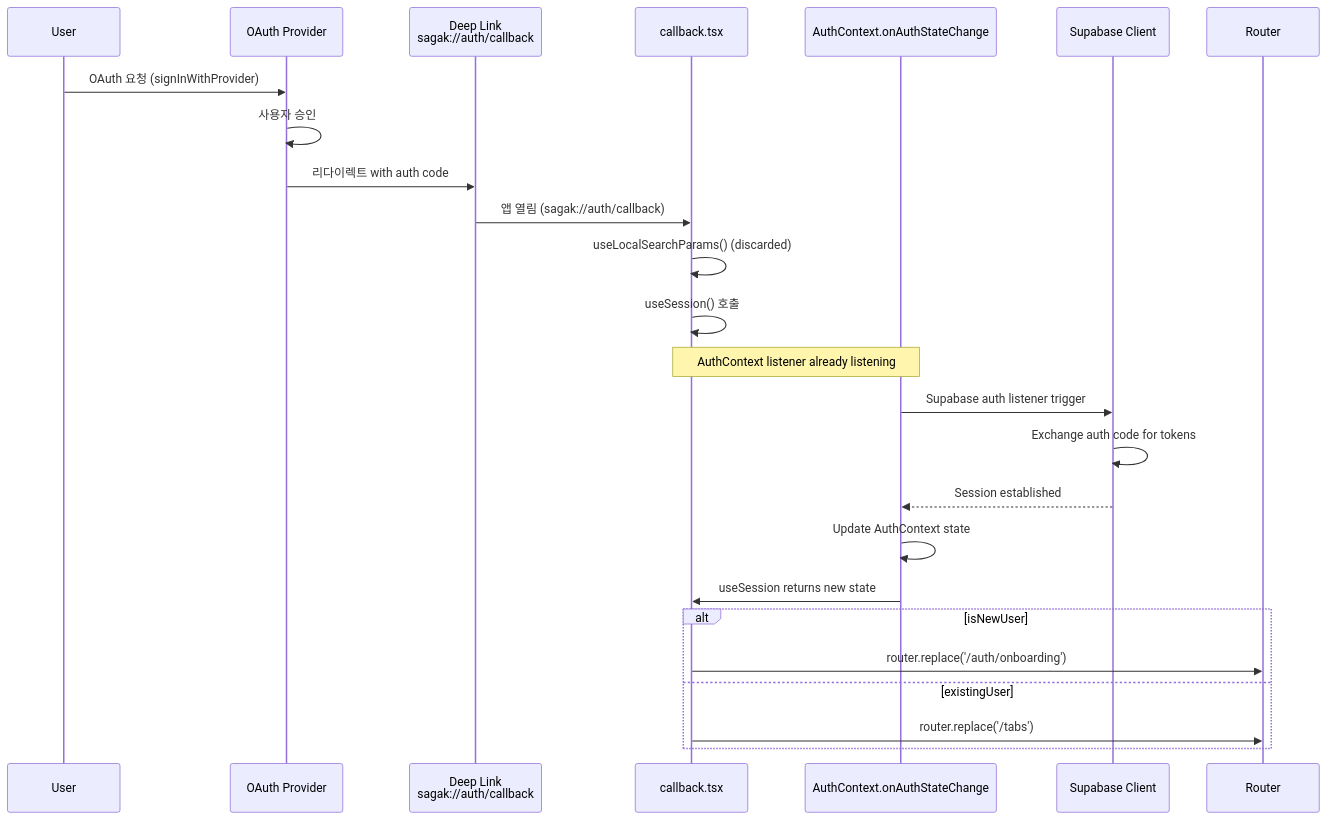
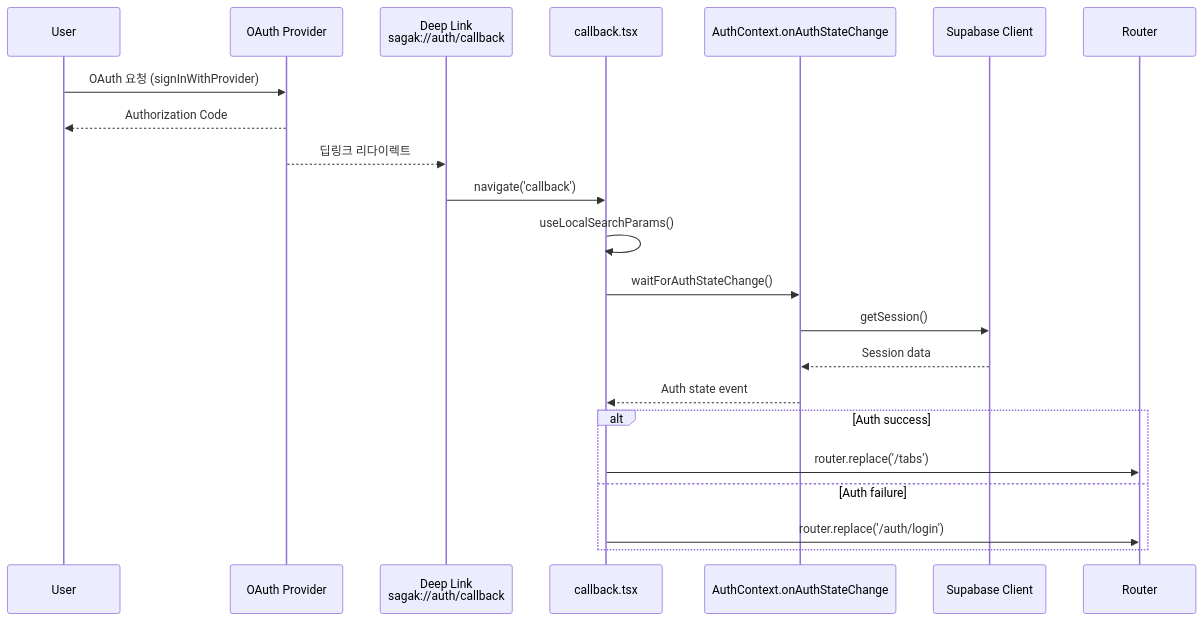
One commit to ip9202/sagak changed the second of 8 diagrams in .moai/project/codemaps/data-flow.md. Above: the diagram before and after it, drawn with Mermaid. The commit also changed other lines of this file and 4 other files, not shown here.

````diff
--- a/.moai/project/codemaps/data-flow.md
+++ b/.moai/project/codemaps/data-flow.md
@@ -90,32 +90,26 @@
 ```mermaid
 sequenceDiagram
     participant User as User
     participant OAuth as OAuth Provider
     participant DeepLink as Deep Link<br/>sagak://auth/callback
     participant Callback as callback.tsx
     participant Listener as AuthContext.onAuthStateChange
     participant Client as Supabase Client
     participant Router as Router
 
     User->>OAuth: OAuth 요청 (signInWithProvider)
-    OAuth->>OAuth: 사용자 승인
-    OAuth->>DeepLink: 리다이렉트 with auth code
-    DeepLink->>Callback: 앱 열림 (sagak://auth/callback)
-    
-    Callback->>Callback: useLocalSearchParams() (discarded)
-    Callback->>Callback: useSession() 호출
-    
-    Note over Callback,Listener: AuthContext listener already listening
-    Listener->>Client: Supabase auth listener trigger
-    Client->>Client: Exchange auth code for tokens
-    Client-->>Listener: Session established
-    
-    Listener->>Listener: Update AuthContext state
-    Listener->>Callback: useSession returns new state
-    
-    alt isNewUser
-        Callback->>Router: router.replace('/auth/onboarding')
-    else existingUser
+    OAuth-->>User: Authorization Code
+    OAuth-->>DeepLink: 딥링크 리다이렉트
+    DeepLink->>Callback: navigate('callback')
+    Callback->>Callback: useLocalSearchParams()
+    Callback->>Listener: waitForAuthStateChange()
+    Listener->>Client: getSession()
+    Client-->>Listener: Session data
+    Listener-->>Callback: Auth state event
+
+    alt Auth success
         Callback->>Router: router.replace('/tabs')
+    else Auth failure
+        Callback->>Router: router.replace('/auth/login')
     end
 ```
````
